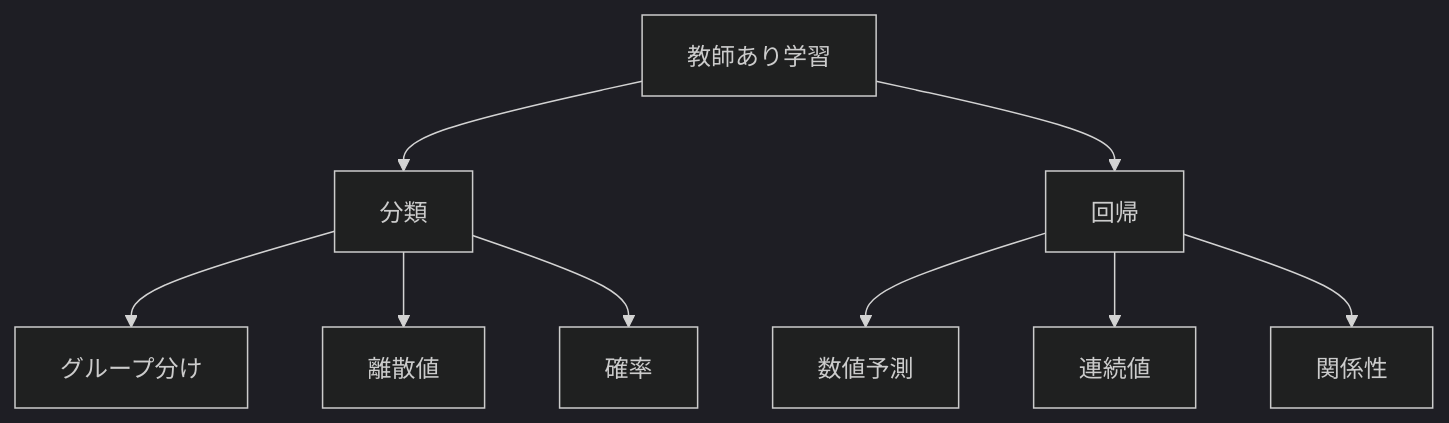
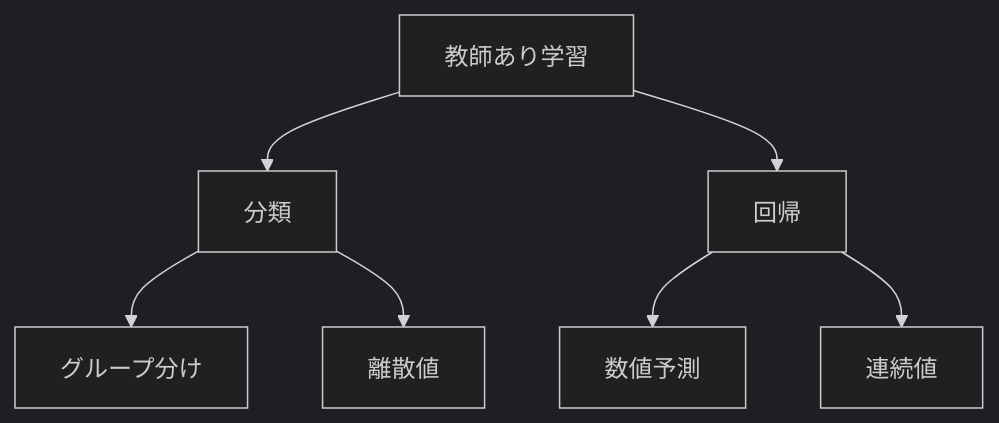
Before and after one commit to haruka-aibara/haruka-aibara: the diagram in docs/AI/100_入門_教師あり学習の種類.md, drawn with Mermaid (dark theme). The commit also changed other lines of this file and 34 other files, not shown here.

````diff
--- a/docs/AI/100_入門_教師あり学習の種類.md
+++ b/docs/AI/100_入門_教師あり学習の種類.md
@@ -66,13 +55,11 @@
 ```mermaid
 graph TD
     A[教師あり学習] --> B[分類]
     A --> C[回帰]
     
     B --> B1[グループ分け]
     B --> B2[離散値]
-    B --> B3[確率]
     
     C --> C1[数値予測]
     C --> C2[連続値]
-    C --> C3[関係性]
 ```
````
